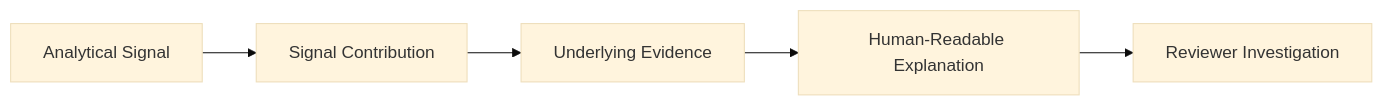
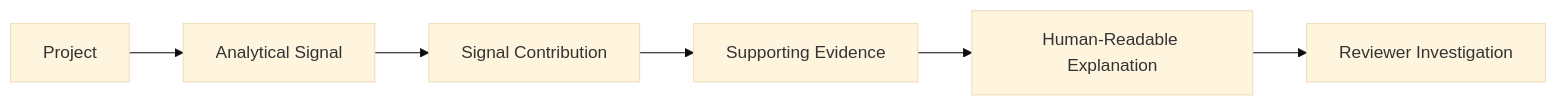
The eighth of 19 diagrams in README.md (the-nidhi-bhat/mplads-sentinel), drawn with Mermaid (base theme) before and after one commit. The commit also changed other lines of this file, not shown here.

````diff
--- a/README.md
+++ b/README.md
@@ -506,12 +306,9 @@
 ```mermaid
 flowchart LR
-
-    A["Analytical Signal"]
-    --> B["Signal Contribution"]
-
-    B --> C["Underlying Evidence"]
-
-    C --> D["Human-Readable Explanation"]
-
-    D --> E["Reviewer Investigation"]
+    A["Project"]
+    --> B["Analytical Signal"]
+    --> C["Signal Contribution"]
+    --> D["Supporting Evidence"]
+    --> E["Human-Readable Explanation"]
+    --> F["Reviewer Investigation"]
 ```
````
